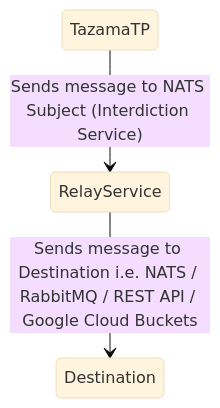
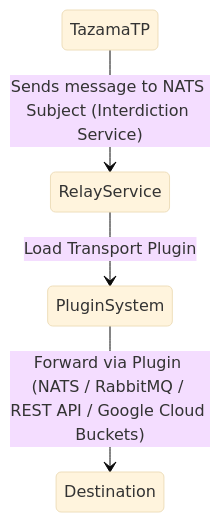
The second of 3 diagrams in README.md (tazama-lf/relay-service), drawn with Mermaid (base theme) before and after one commit. The commit also changed other lines of this file and 9 other files, not shown here.

````diff
--- a/README.md
+++ b/README.md
@@ -66,5 +136,6 @@
 ```mermaid
-stateDiagram
+stateDiagram-v2
     TazamaTP --> RelayService: Sends message to NATS Subject (Interdiction Service)
-    RelayService --> Destination: Sends message to Destination i.e. NATS / RabbitMQ / REST API / Google Cloud Buckets
+    RelayService --> PluginSystem: Load Transport Plugin
+    PluginSystem --> Destination: Forward via Plugin (NATS / RabbitMQ / REST API / Google Cloud Buckets)
 ```
````
